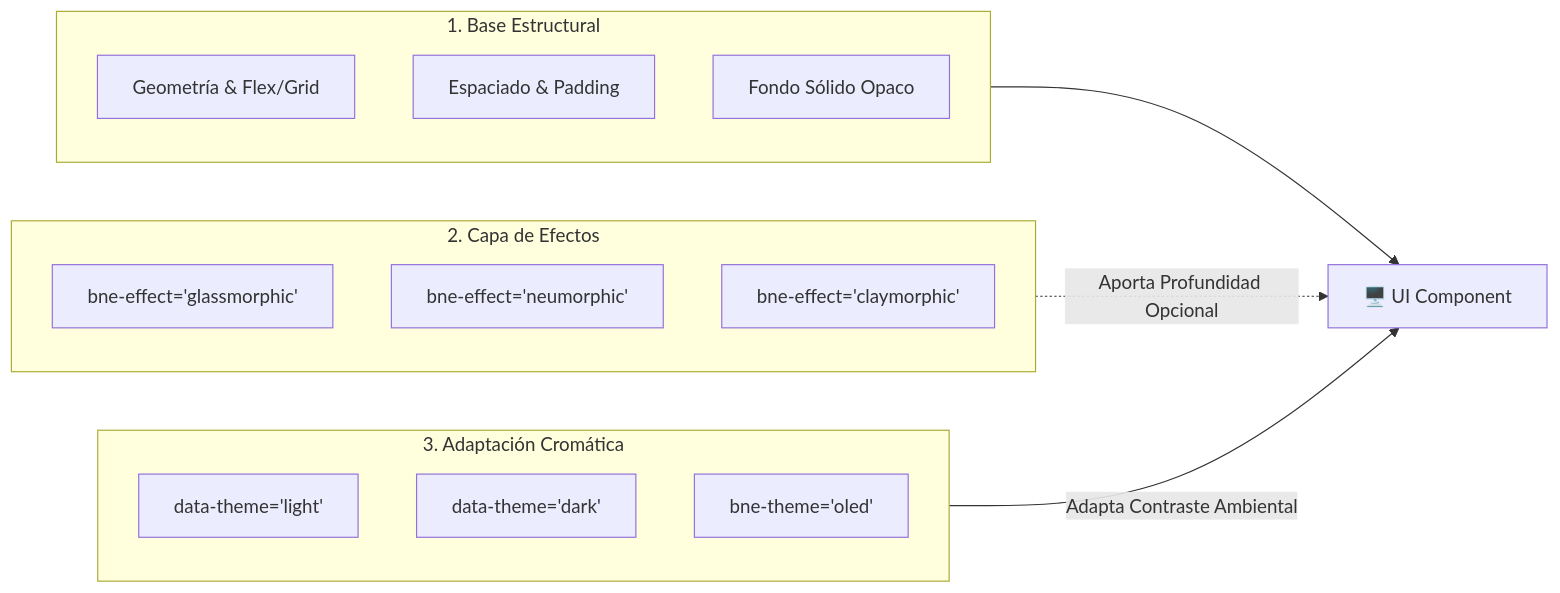
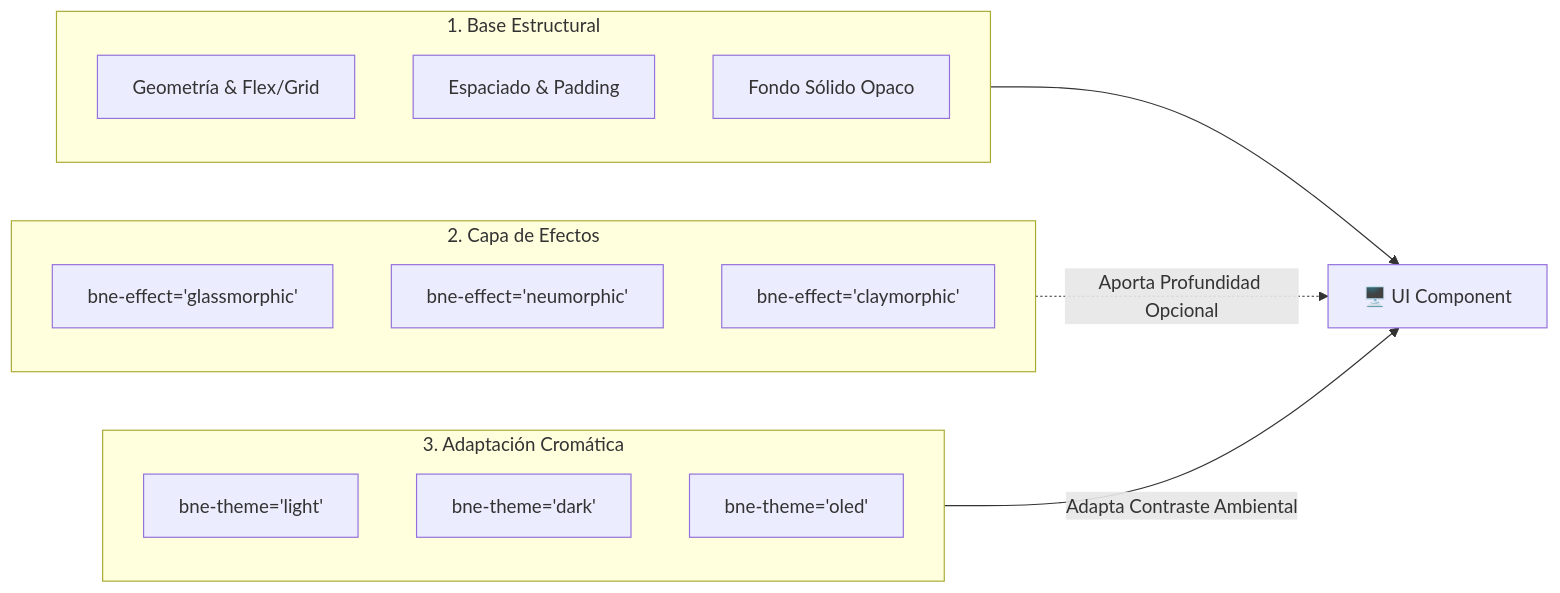
The diagram in docs/ui/decoupled-css-architecture.md (clepces/buca-ai), drawn with Mermaid before and after one commit. The commit also changed other lines of this file and 16 other files, not shown here.

First line of the commit message:
docs(bene): migrate legacy data-* attributes to bne-* namespace, add sensor telemetry spec, attribute migration table and performance modal UI

````diff
--- a/docs/ui/decoupled-css-architecture.md
+++ b/docs/ui/decoupled-css-architecture.md
@@ -34,24 +34,24 @@
 ```mermaid
 flowchart LR
     subgraph Capa1["1. Base Estructural"]
         B1["Geometría & Flex/Grid"]
         B2["Espaciado & Padding"]
         B3["Fondo Sólido Opaco"]
     end
 
     subgraph Capa2["2. Capa de Efectos"]
         E1["bne-effect='glassmorphic'"]
         E2["bne-effect='neumorphic'"]
         E3["bne-effect='claymorphic'"]
     end
 
     subgraph Capa3["3. Adaptación Cromática"]
-        T1["data-theme='light'"]
-        T2["data-theme='dark'"]
+        T1["bne-theme='light'"]
+        T2["bne-theme='dark'"]
         T3["bne-theme='oled'"]
     end
 
     Capa1 --> Componente["🖥️ UI Component"]
     Capa2 -.->|Aporta Profundidad Opcional| Componente
     Capa3 -->|Adapta Contraste Ambiental| Componente
 ```
````
